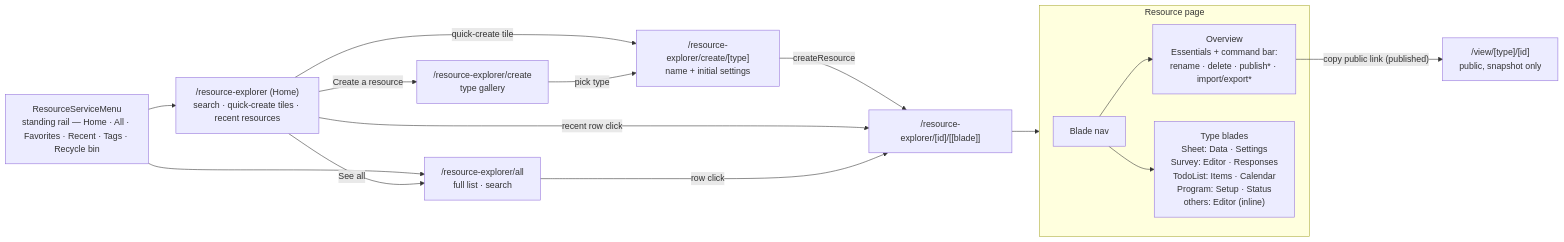
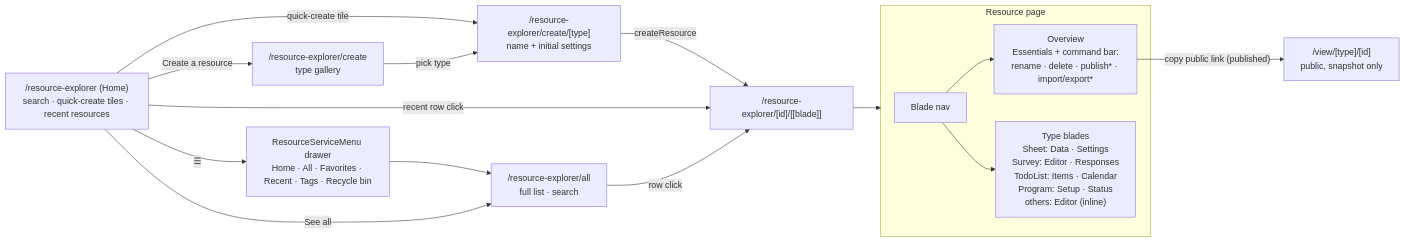
The first of 3 diagrams in packages/app/content/docs/platform/resource-explorer.md (Esposter/Esposter), drawn with Mermaid before and after one commit. The commit also changed other lines of this file and 12 other files, not shown here.

````diff
--- a/packages/app/content/docs/platform/resource-explorer.md
+++ b/packages/app/content/docs/platform/resource-explorer.md
@@ -42,22 +42,21 @@
 ```mermaid
 flowchart LR
-  SMENU["ResourceServiceMenu<br/>standing rail — Home · All · Favorites · Recent · Tags · Recycle bin"]
   HOME["/resource-explorer (Home)<br/>search · quick-create tiles · recent resources"]
-  SMENU --> HOME
+  HOME -->|☰| SMENU["ResourceServiceMenu drawer<br/>Home · All · Favorites · Recent · Tags · Recycle bin"]
   SMENU --> ALL["/resource-explorer/all<br/>full list · search"]
   HOME -->|See all| ALL
   HOME -->|Create a resource| CREATE["/resource-explorer/create<br/>type gallery"]
   HOME -->|quick-create tile| CFORM["/resource-explorer/create/[type]<br/>name + initial settings"]
   CREATE -->|pick type| CFORM
   CFORM -->|createResource| RES["/resource-explorer/[id]/[[blade]]"]
   HOME -->|recent row click| RES
   ALL -->|row click| RES
 
   subgraph bladepage [Resource page]
     MENU["Blade nav"] --> OV["Overview<br/>Essentials + command bar:<br/>rename · delete · publish* · import/export*"]
     MENU --> TB["Type blades<br/>Sheet: Data · Settings<br/>Survey: Editor · Responses<br/>TodoList: Items · Calendar<br/>Program: Setup · Status<br/>others: Editor (inline)"]
   end
 
   RES --> bladepage
   OV -->|"copy public link (published)"| VIEW["/view/[type]/[id]<br/>public, snapshot only"]
 ```
````
